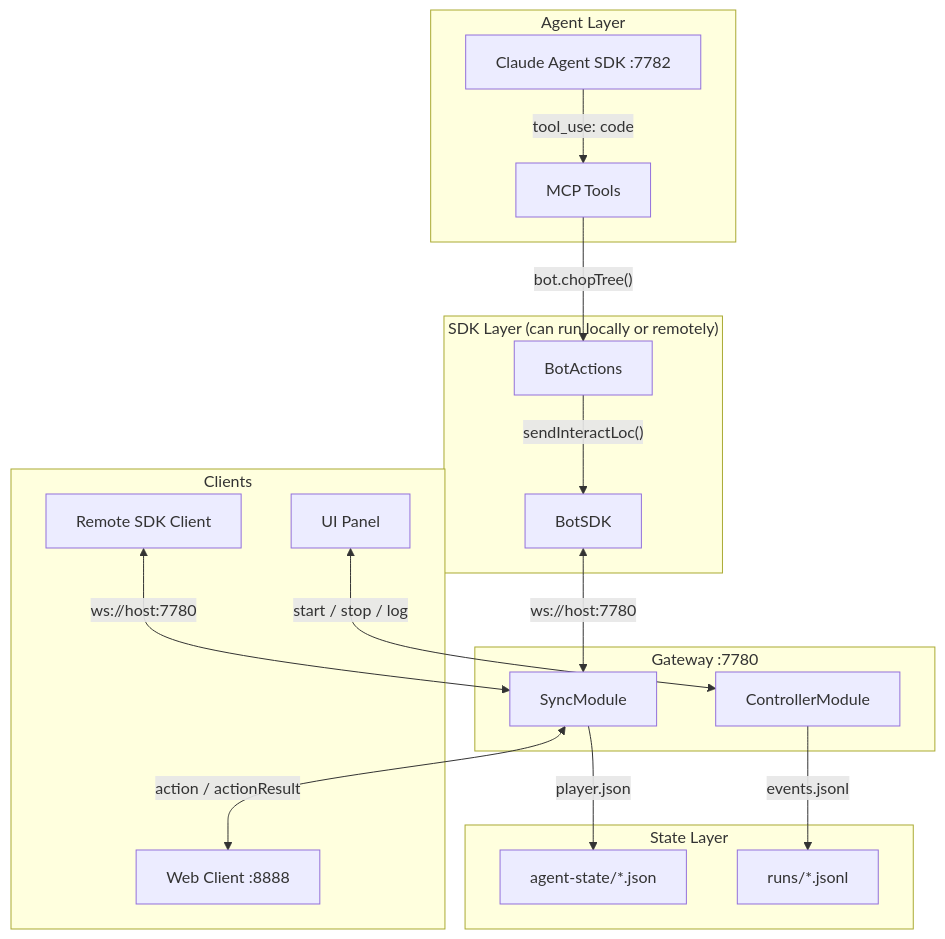
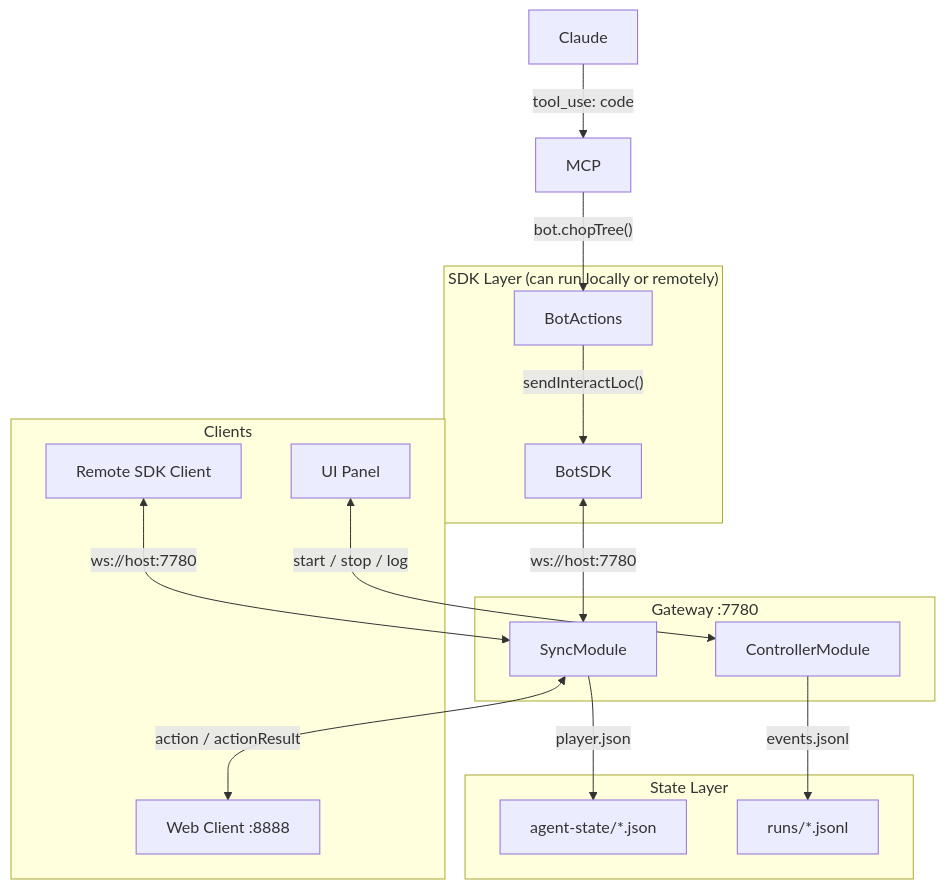
The first of 6 diagrams in system-architecture.md (AuburyEssentian/rs-sdk), drawn with Mermaid before and after one commit. The commit also changed other lines of this file and 16 other files, not shown here.

````diff
--- a/system-architecture.md
+++ b/system-architecture.md
@@ -7,38 +7,34 @@
 ```mermaid
 flowchart TB
     subgraph Clients["Clients"]
         WebClient["Web Client :8888"]
         UI["UI Panel"]
         RemoteSDK["Remote SDK Client"]
     end
 
-    subgraph Agent["Agent Layer"]
-        Claude["Claude Agent SDK :7782"]
-        MCP["MCP Tools"]
-    end
 
     subgraph Core["Gateway :7780"]
         SyncMod["SyncModule"]
         CtrlMod["ControllerModule"]
     end
 
     subgraph SDKLayer["SDK Layer (can run locally or remotely)"]
         Porcelain["BotActions"]
         SDK["BotSDK"]
     end
 
     subgraph State["State Layer"]
         Files["agent-state/*.json"]
         Runs["runs/*.jsonl"]
     end
 
     UI <-->|"start / stop / log"| CtrlMod
     Claude -->|"tool_use: code"| MCP
     MCP -->|"bot.chopTree()"| Porcelain
     Porcelain -->|"sendInteractLoc()"| SDK
     SDK <-->|"ws://host:7780"| SyncMod
     RemoteSDK <-->|"ws://host:7780"| SyncMod
     SyncMod <-->|"action / actionResult"| WebClient
     CtrlMod -->|"events.jsonl"| Runs
     SyncMod -->|"player.json"| Files
 ```
````
